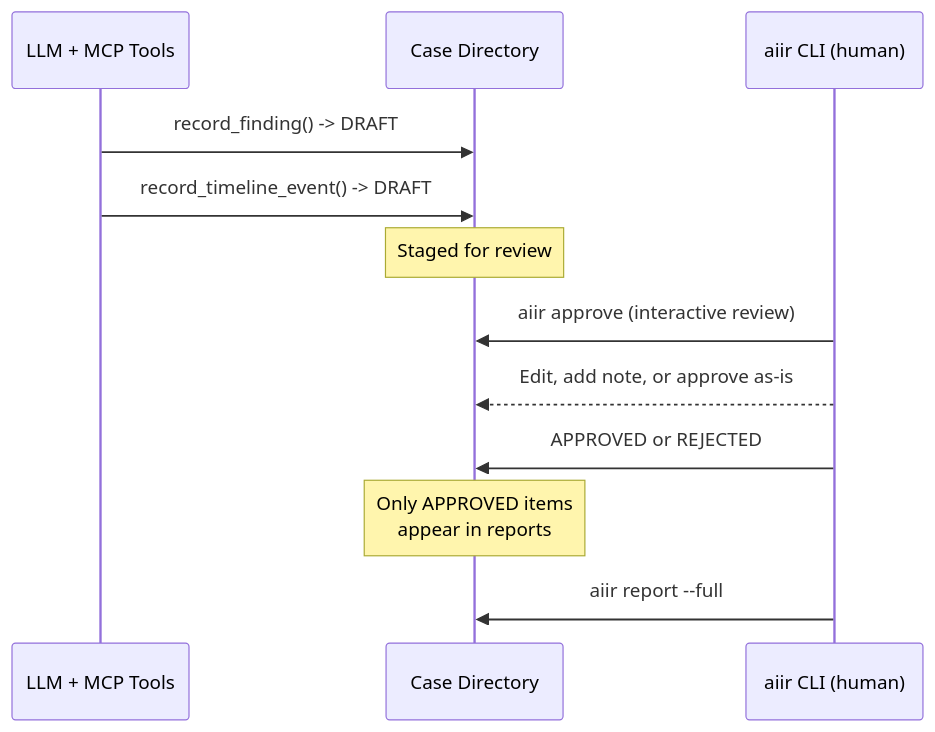
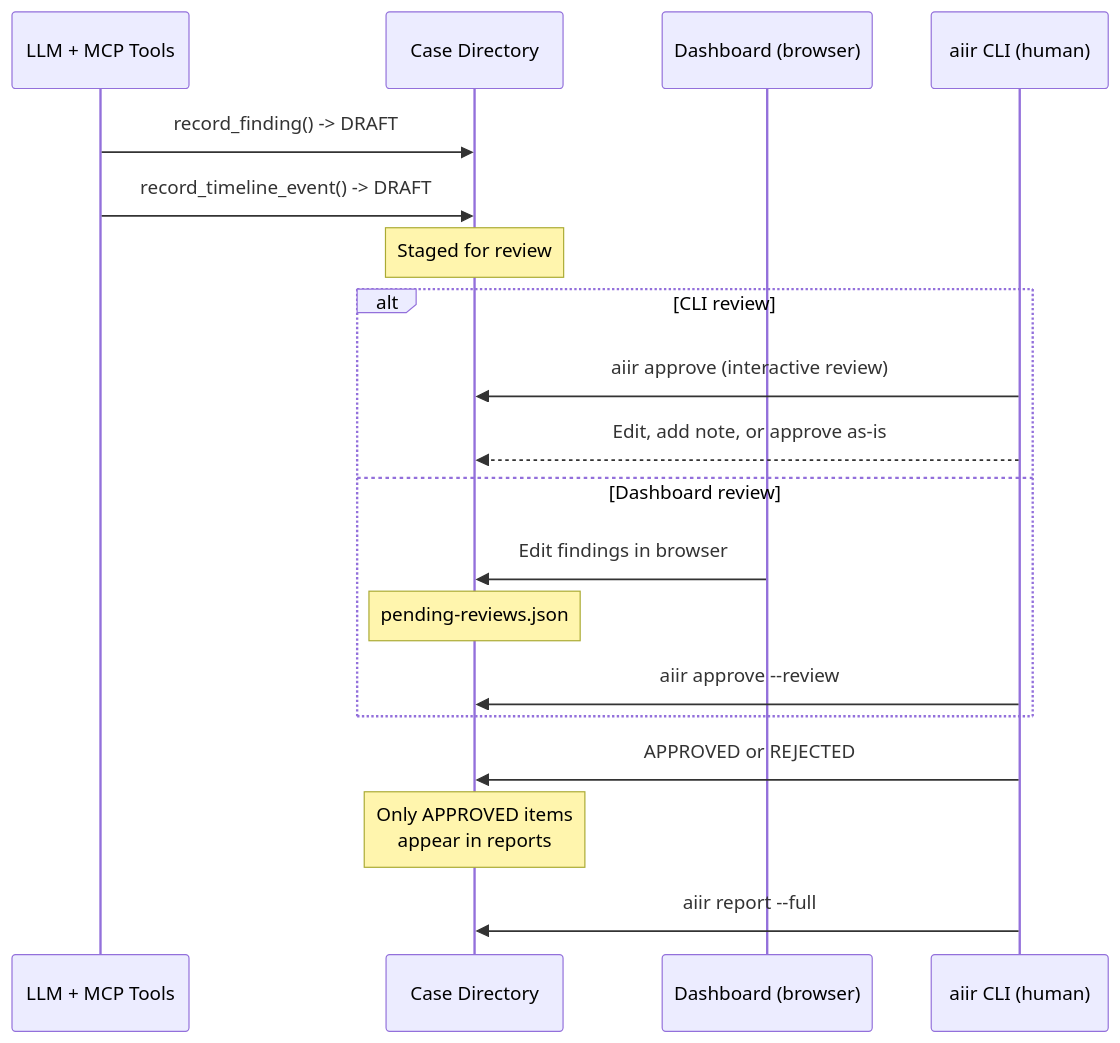
One commit to AppliedIR/aiir changed the fourth of 8 diagrams in README.md. Above: the diagram before and after it, drawn with Mermaid. The commit also changed other lines of this file and 1 other file, not shown here.

Commit message:
add dashboard documentation and screenshot to README

````diff
--- a/README.md
+++ b/README.md
@@ -171,17 +176,24 @@
 ```mermaid
 sequenceDiagram
     participant AI as LLM + MCP Tools
     participant Case as Case Directory
+    participant Dash as Dashboard (browser)
     participant Human as aiir CLI (human)
 
     AI->>Case: record_finding() -> DRAFT
     AI->>Case: record_timeline_event() -> DRAFT
     Note over Case: Staged for review
 
-    Human->>Case: aiir approve (interactive review)
-    Human-->>Case: Edit, add note, or approve as-is
+    alt CLI review
+        Human->>Case: aiir approve (interactive review)
+        Human-->>Case: Edit, add note, or approve as-is
+    else Dashboard review
+        Dash->>Case: Edit findings in browser
+        Note over Case: pending-reviews.json
+        Human->>Case: aiir approve --review
+    end
     Human->>Case: APPROVED or REJECTED
 
     Note over Case: Only APPROVED items<br/>appear in reports
     Human->>Case: aiir report --full
 ```
````
